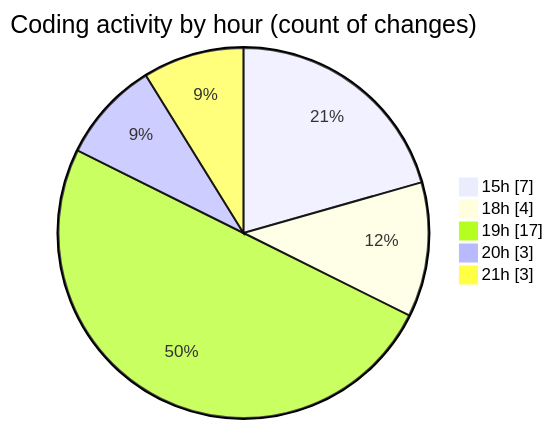
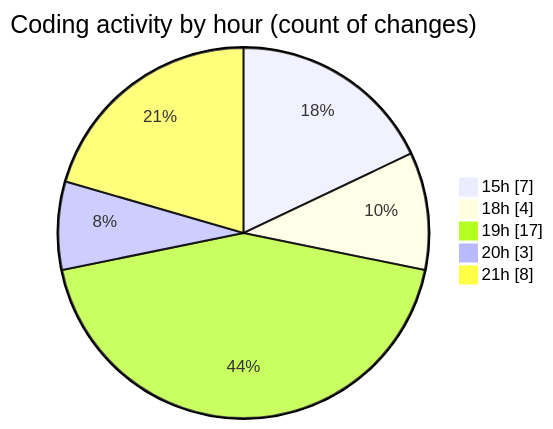
One commit to donsfak/code-tracking changed the second of 2 diagrams in 2025-02-08/maps_clone/README.md. Above: the diagram before and after it, drawn with Mermaid. The commit also changed other lines of this file and 1 other file, not shown here.

````diff
--- a/2025-02-08/maps_clone/README.md
+++ b/2025-02-08/maps_clone/README.md
@@ -32,9 +34,9 @@
 ```mermaid
 pie showData
 title Coding activity by hour (count of changes)
 "15h" : 7
 "18h" : 4
 "19h" : 17
 "20h" : 3
-"21h" : 3
+"21h" : 8
 ```
````
